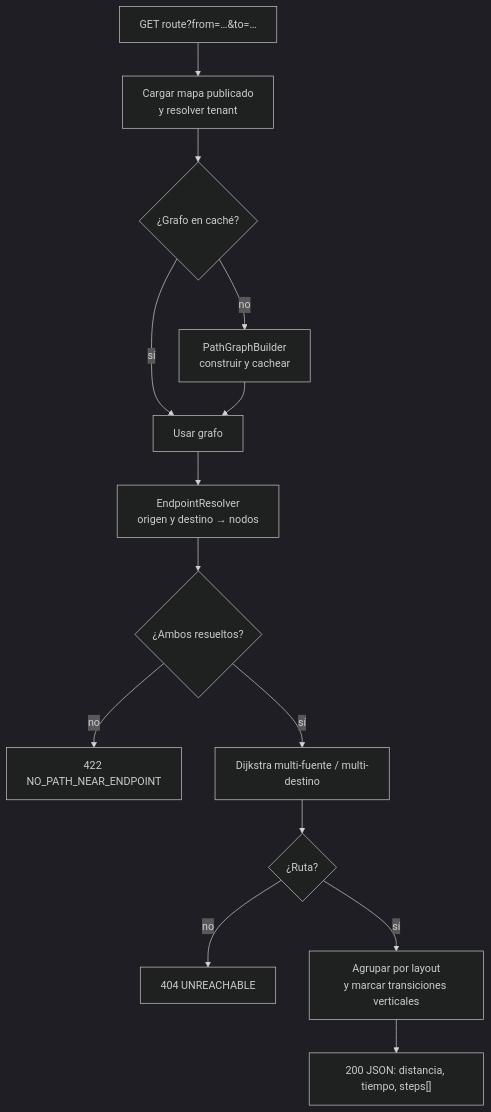
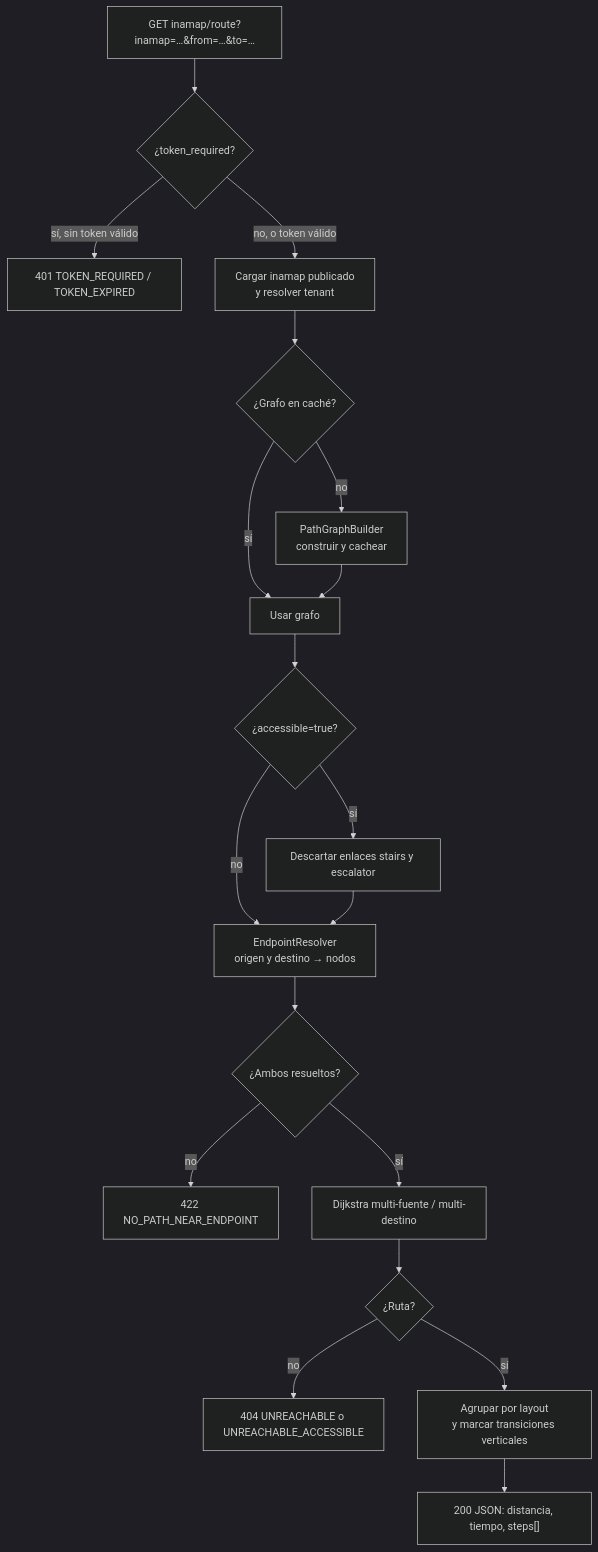
The fourth of 21 diagrams in README.md (farandal/inamap-backend-domain), drawn with Mermaid (dark theme) before and after one commit. The commit also changed other lines of this file, not shown here.

First line of the commit message:
docs: finalize INAMAP domain specification

````diff
--- a/README.md
+++ b/README.md
@@ -401,16 +434,21 @@
 ```mermaid
 flowchart TD
-    START["GET route?from=…&to=…"] --> LOAD["Cargar mapa publicado<br/>y resolver tenant"]
+    START["GET inamap/route?inamap=…&from=…&to=…"] --> TOK{"¿token_required?"}
+    TOK -->|"sí, sin token válido"| E401["401 TOKEN_REQUIRED / TOKEN_EXPIRED"]
+    TOK -->|"no, o token válido"| LOAD["Cargar inamap publicado<br/>y resolver tenant"]
     LOAD --> GRAPH{"¿Grafo en caché?"}
     GRAPH -->|"no"| BUILD["PathGraphBuilder<br/>construir y cachear"]
     GRAPH -->|"sí"| USE["Usar grafo"]
     BUILD --> USE
-    USE --> RES["EndpointResolver<br/>origen y destino → nodos"]
+    USE --> ACC{"¿accessible=true?"}
+    ACC -->|"sí"| FILT["Descartar enlaces stairs y escalator"]
+    ACC -->|"no"| RES
+    FILT --> RES["EndpointResolver<br/>origen y destino → nodos"]
     RES --> OK{"¿Ambos resueltos?"}
     OK -->|"no"| ERR1["422 NO_PATH_NEAR_ENDPOINT"]
     OK -->|"sí"| DIJ["Dijkstra multi-fuente / multi-destino"]
     DIJ --> FOUND{"¿Ruta?"}
-    FOUND -->|"no"| ERR2["404 UNREACHABLE"]
+    FOUND -->|"no"| ERR2["404 UNREACHABLE o UNREACHABLE_ACCESSIBLE"]
     FOUND -->|"sí"| STEPS["Agrupar por layout<br/>y marcar transiciones verticales"]
     STEPS --> RESP["200 JSON: distancia, tiempo, steps[]"]
 ```
````
